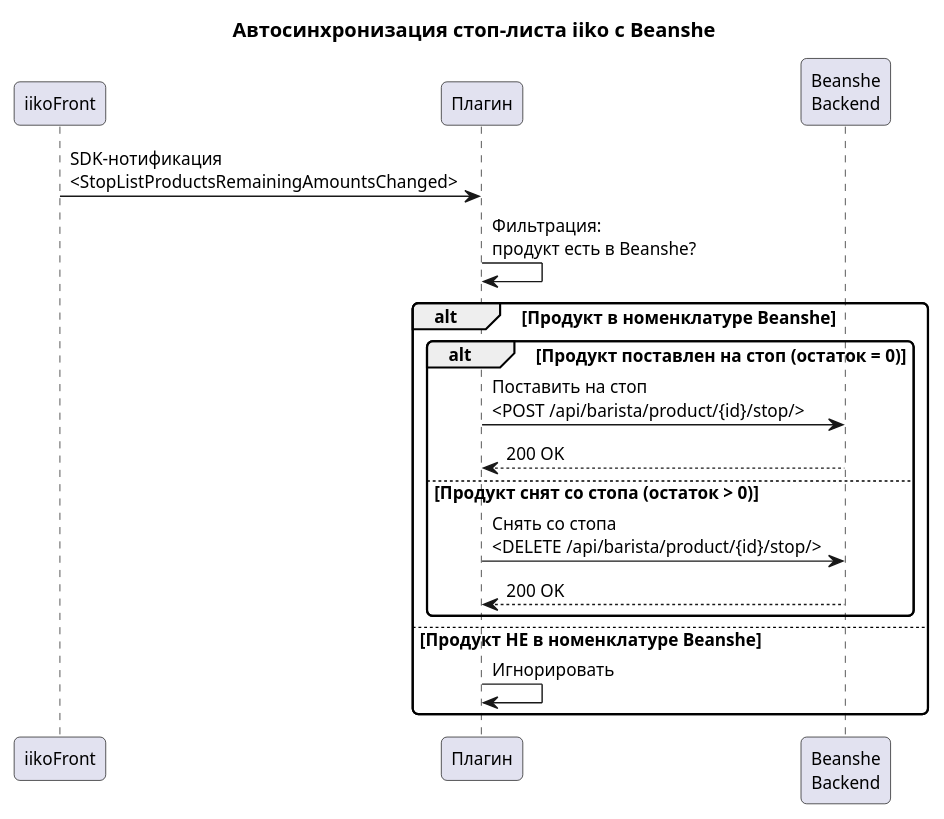
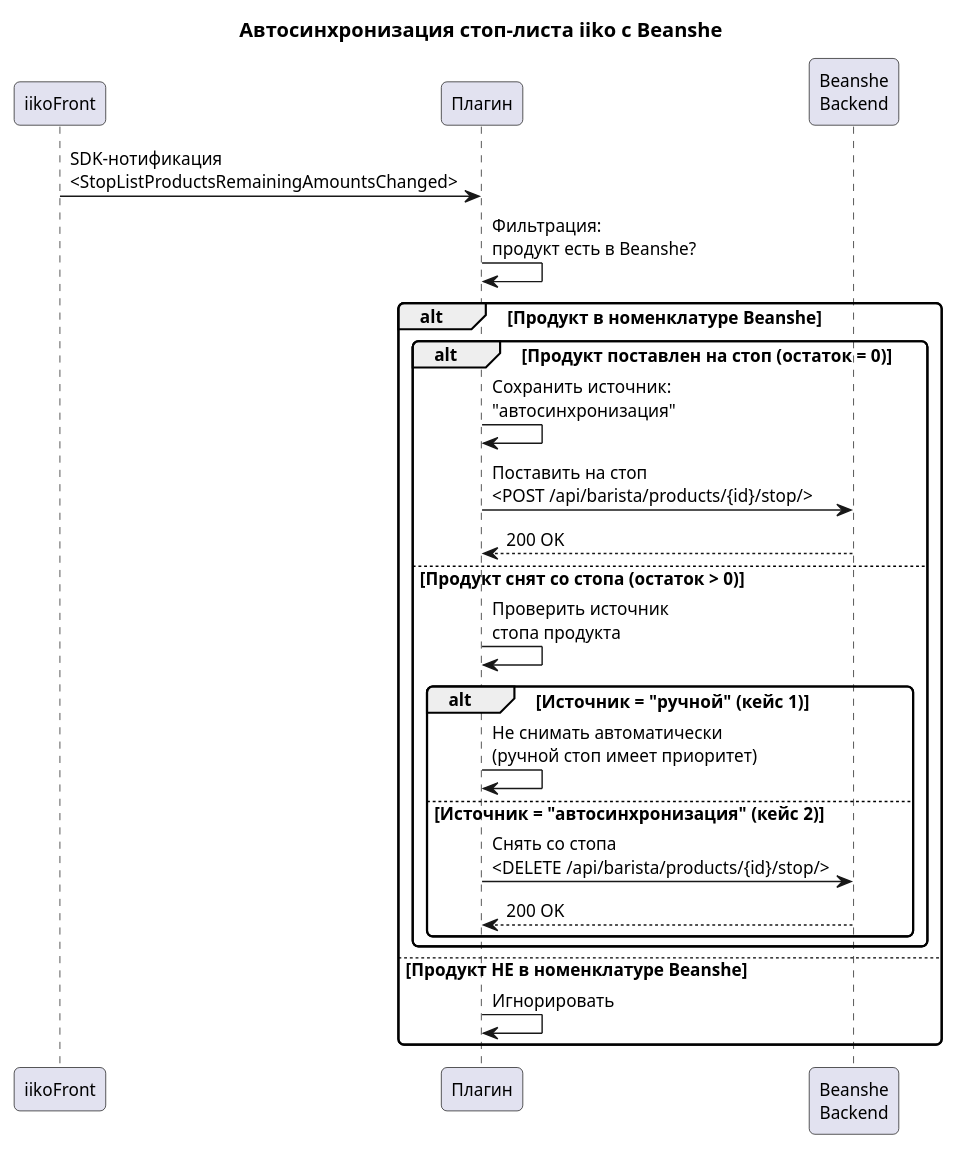
The seventh of 10 diagrams in materials/Бинши/Beanshe-спецификация.md (KirillTyurin21/prototypes), drawn with PlantUML before and after one commit. The commit also changed other lines of this file and 18 other files, not shown here.

````diff
--- a/materials/Бинши/Beanshe-спецификация.md
+++ b/materials/Бинши/Beanshe-спецификация.md
@@ -1018,30 +1406,36 @@
 ```plantuml
 @startuml стоп-лист-автосинхронизация
 skinparam backgroundColor white
 skinparam defaultFontName "Segoe UI"
 skinparam defaultFontSize 12
 skinparam shadowing false
 skinparam roundcorner 8
 
 title "Автосинхронизация стоп-листа iiko с Beanshe"
 
 participant "iikoFront" as front
 participant "Плагин" as plugin
 participant "Beanshe\nBackend" as backend
 
 front -> plugin : SDK-нотификация\n<StopListProductsRemainingAmountsChanged>
 plugin -> plugin : Фильтрация:\nпродукт есть в Beanshe?
 
 alt Продукт в номенклатуре Beanshe
   alt Продукт поставлен на стоп (остаток = 0)
-    plugin -> backend : Поставить на стоп\n<POST /api/barista/product/{id}/stop/>
+    plugin -> plugin : Сохранить источник:\n"автосинхронизация"
+    plugin -> backend : Поставить на стоп\n<POST /api/barista/products/{id}/stop/>
     backend --> plugin : 200 OK
   else Продукт снят со стопа (остаток > 0)
-    plugin -> backend : Снять со стопа\n<DELETE /api/barista/product/{id}/stop/>
-    backend --> plugin : 200 OK
+    plugin -> plugin : Проверить источник\nстопа продукта
+    alt Источник = "ручной" (кейс 1)
+      plugin -> plugin : Не снимать автоматически\n(ручной стоп имеет приоритет)
+    else Источник = "автосинхронизация" (кейс 2)
+      plugin -> backend : Снять со стопа\n<DELETE /api/barista/products/{id}/stop/>
+      backend --> plugin : 200 OK
+    end
   end
 else Продукт НЕ в номенклатуре Beanshe
   plugin -> plugin : Игнорировать
 end
 @enduml
 ```
````
